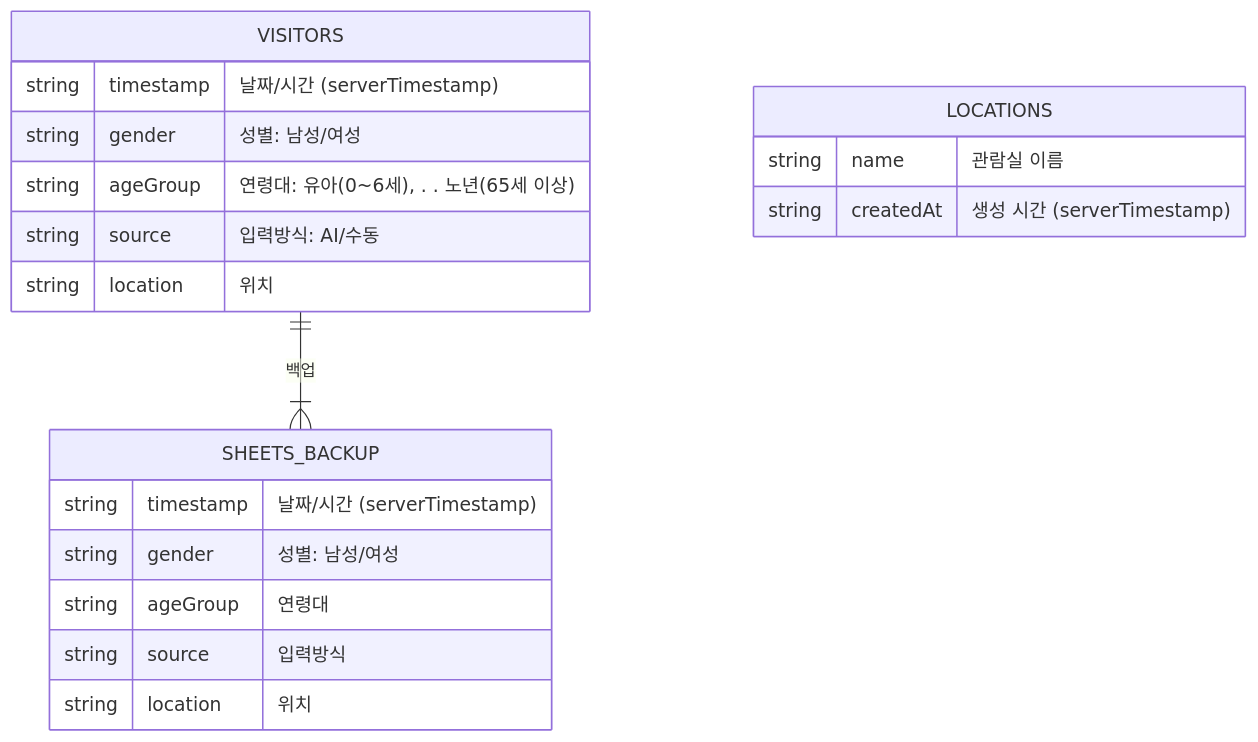
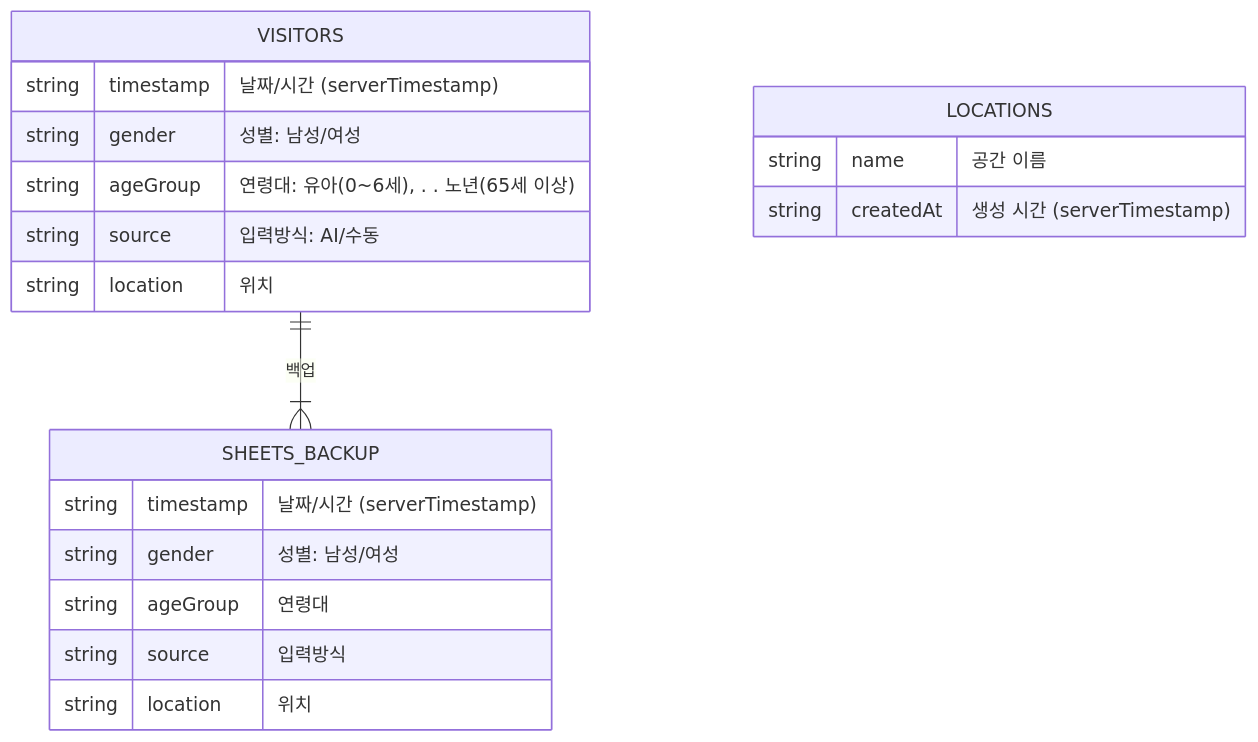
Before and after one commit to PanicAthe/raim-visitor-checkin: the third of 3 diagrams in docs/ARCHITECTURE.md, drawn with Mermaid. The commit also changed other lines of this file and 7 other files, not shown here.

````diff
--- a/docs/ARCHITECTURE.md
+++ b/docs/ARCHITECTURE.md
@@ -176,25 +178,25 @@
 ```mermaid
 erDiagram
     VISITORS {
         string timestamp "날짜/시간 (serverTimestamp)"
         string gender "성별: 남성/여성"
         string ageGroup "연령대: 유아(0~6세), . . 노년(65세 이상)"
         string source "입력방식: AI/수동"
         string location "위치"
     }
 
     LOCATIONS {
-        string name "관람실 이름"
+        string name "공간 이름"
         string createdAt "생성 시간 (serverTimestamp)"
     }
 
     SHEETS_BACKUP {
         string timestamp "날짜/시간 (serverTimestamp)"
         string gender "성별: 남성/여성"
         string ageGroup "연령대"
         string source "입력방식"
         string location "위치"
     }
 
     VISITORS ||--|{ SHEETS_BACKUP : "백업"
 ```
````
